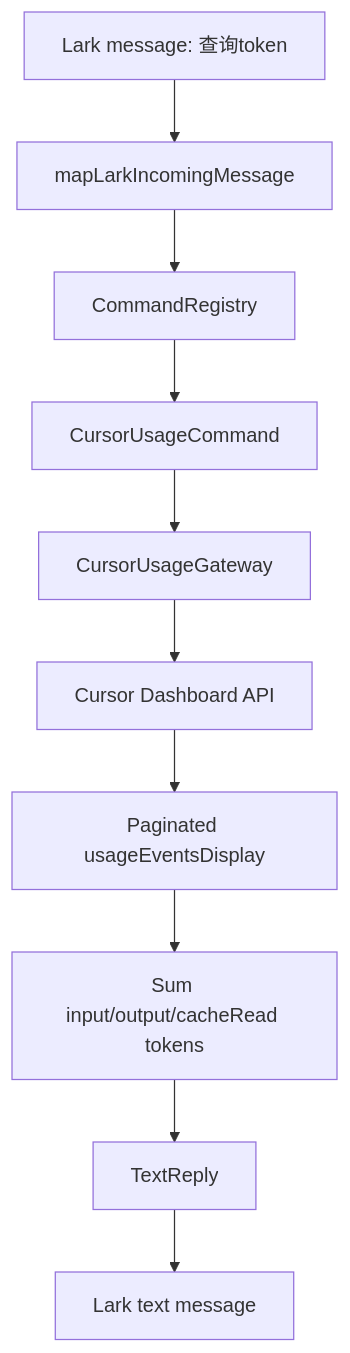
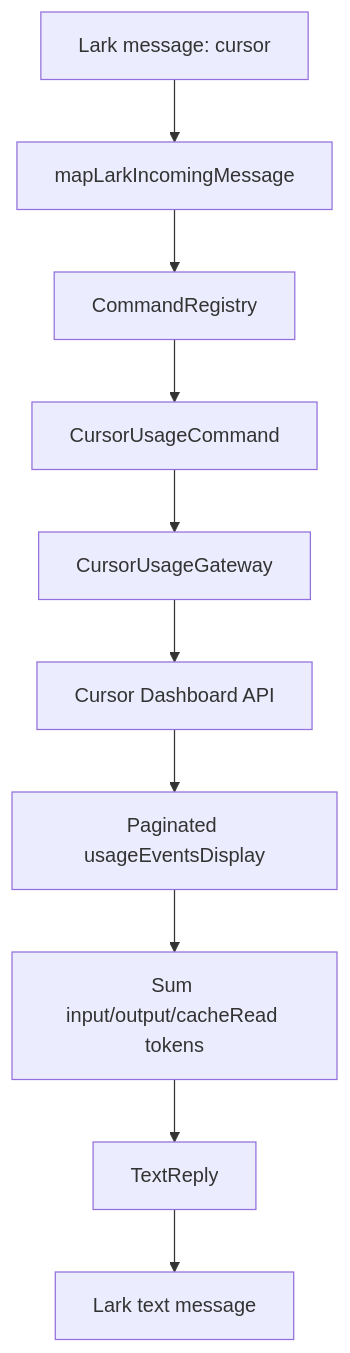
One commit to zreal-leo/feishu-cli changed the diagram in .cursor/plans/cursor-usage-command_ee301039.plan.md. Above: the diagram before and after it, drawn with Mermaid. The commit also changed other lines of this file and 11 other files, not shown here.

````diff
--- a/.cursor/plans/cursor-usage-command_ee301039.plan.md
+++ b/.cursor/plans/cursor-usage-command_ee301039.plan.md
@@ -43,12 +43,12 @@
 ```mermaid
 flowchart TD
-    userMessage["Lark message: 查询token"] --> inbound[mapLarkIncomingMessage]
+    userMessage["Lark message: cursor"] --> inbound[mapLarkIncomingMessage]
     inbound --> registry[CommandRegistry]
     registry --> usageCommand[CursorUsageCommand]
     usageCommand --> usagePort[CursorUsageGateway]
     usagePort --> cursorApi[Cursor Dashboard API]
     cursorApi --> pages[Paginated usageEventsDisplay]
     pages --> aggregate[Sum input/output/cacheRead tokens]
     aggregate --> textReply[TextReply]
     textReply --> larkReply[Lark text message]
 ```
````
